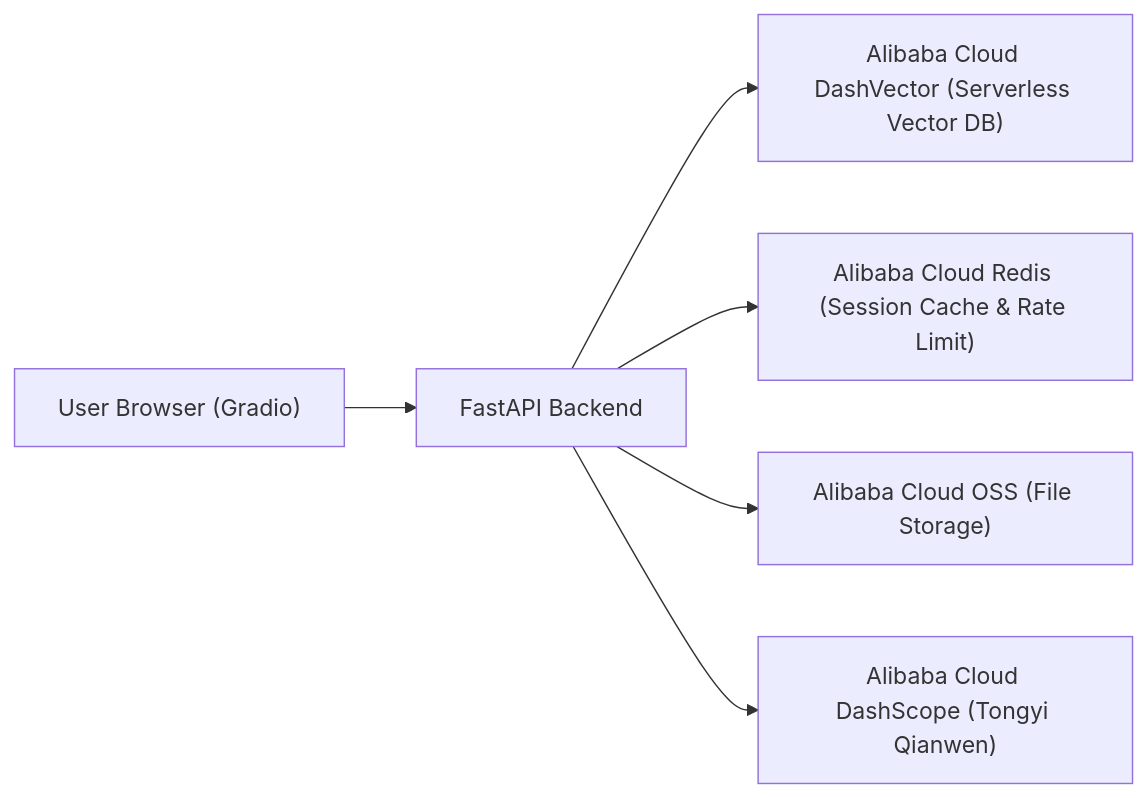
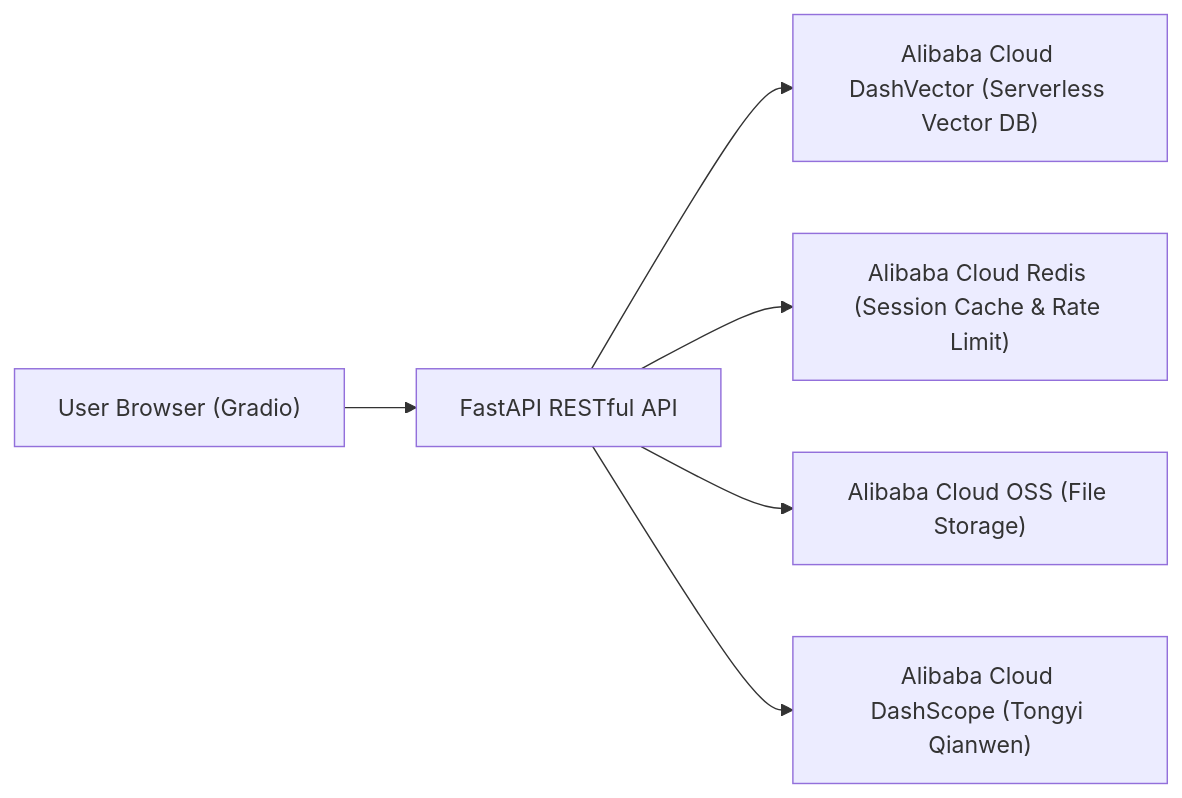
Before and after one commit to AmazingYe-oss/edu-rag-bot: the first of 2 diagrams in README_EN.md, drawn with Mermaid. The commit also changed other lines of this file and 1 other file, not shown here.

````diff
--- a/README_EN.md
+++ b/README_EN.md
@@ -26,15 +26,15 @@
 ```mermaid
 flowchart LR
     Client["User Browser (Gradio)"]
-    API["FastAPI Backend"]
+    API["FastAPI RESTful API"]
     DashVector["Alibaba Cloud DashVector (Serverless Vector DB)"]
     Redis["Alibaba Cloud Redis (Session Cache & Rate Limit)"]
     OSS["Alibaba Cloud OSS (File Storage)"]
     LLM["Alibaba Cloud DashScope (Tongyi Qianwen)"]
 
     Client --> API
     API --> DashVector
     API --> Redis
     API --> OSS
     API --> LLM
 ```
````
